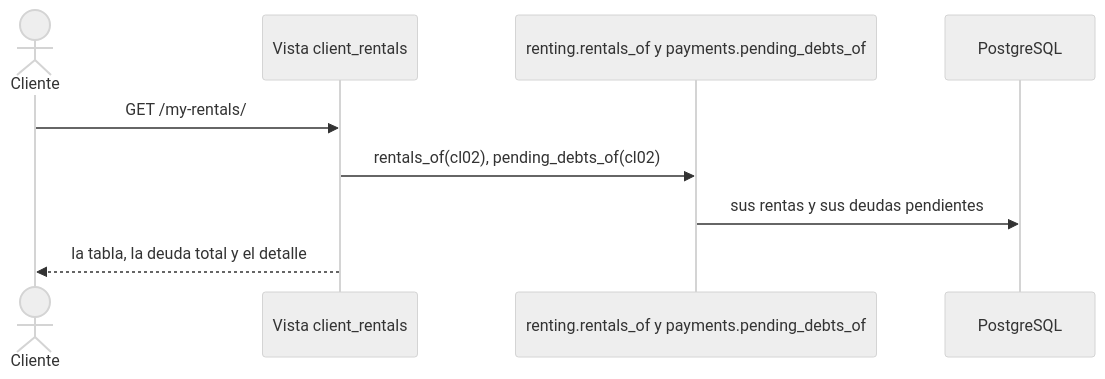
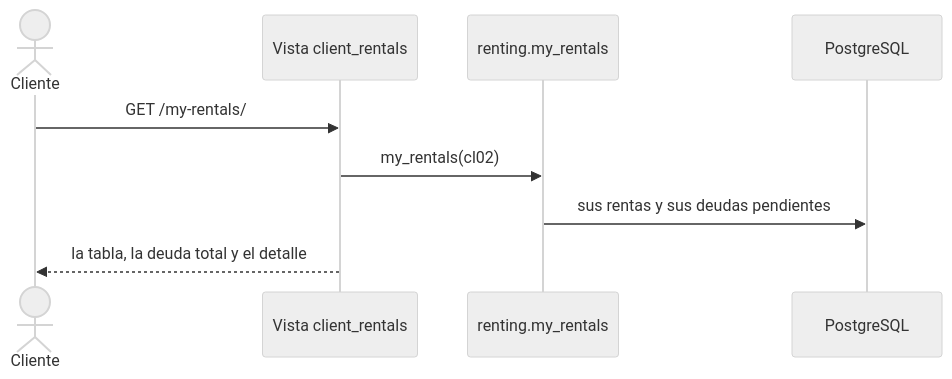
One commit to peterteranb/astra-rent-system changed diagram 17 of 17 in docs/casos-de-uso.md. Above: the diagram before and after it, drawn with Mermaid (neutral theme). The commit also changed other lines of this file and 18 other files, not shown here.

````diff
--- a/docs/casos-de-uso.md
+++ b/docs/casos-de-uso.md
@@ -638,11 +637,11 @@
 ```mermaid
 sequenceDiagram
     actor C as Cliente
     participant V as Vista client_rentals
-    participant U as renting.rentals_of y payments.pending_debts_of
+    participant U as renting.my_rentals
     participant BD as PostgreSQL
     C->>V: GET /my-rentals/
-    V->>U: rentals_of(cl02), pending_debts_of(cl02)
+    V->>U: my_rentals(cl02)
     U->>BD: sus rentas y sus deudas pendientes
     V-->>C: la tabla, la deuda total y el detalle
 ```
````
